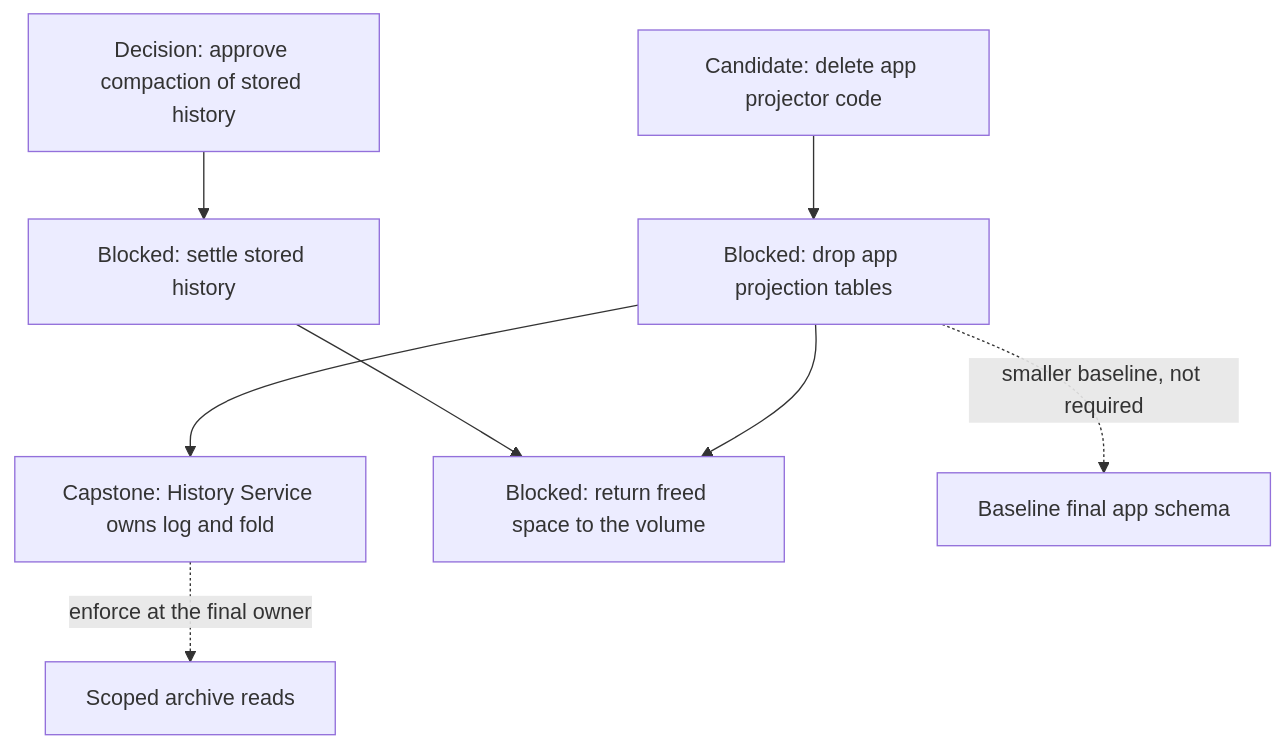
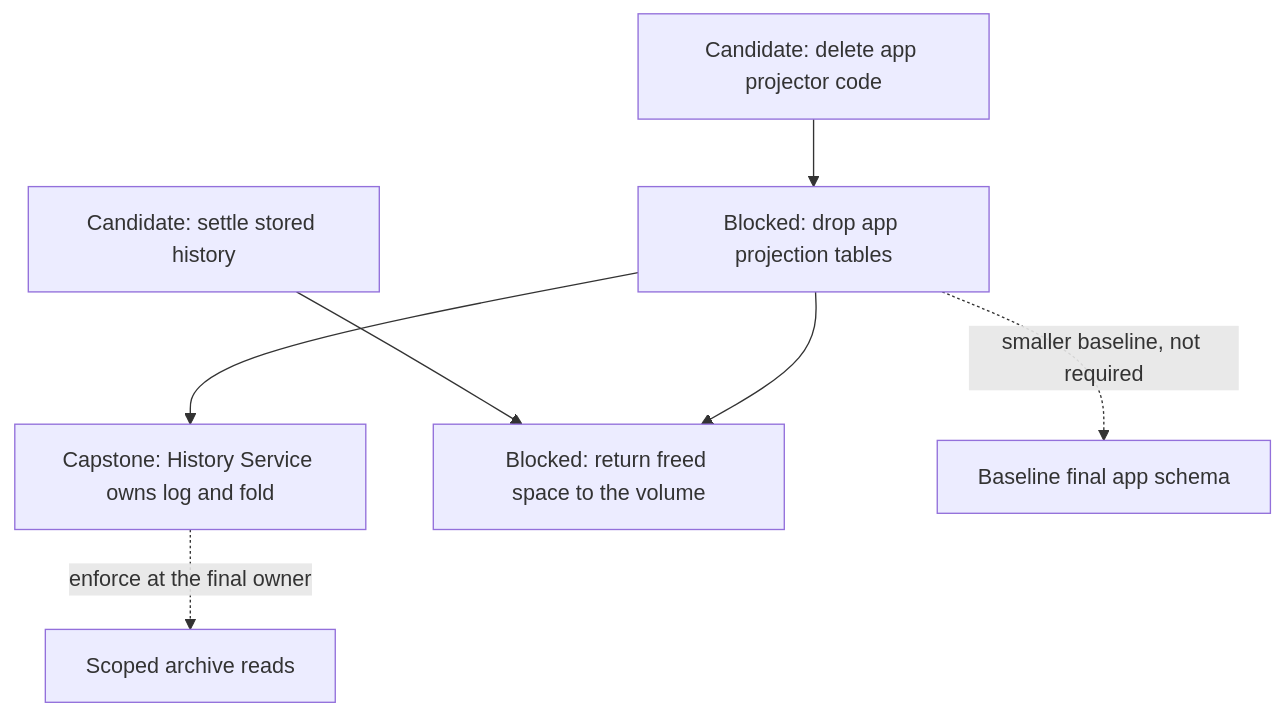
One commit to agentydragon-agent/ducktape changed the eighth of 13 diagrams in agentplane/plans/task_dag.md. Above: the diagram before and after it, drawn with Mermaid. The commit also changed other lines of this file and 12 other files, not shown here.

First line of the commit message:
history_service: one-off Job to settle stored history (#9994)

````diff
--- a/agentplane/plans/task_dag.md
+++ b/agentplane/plans/task_dag.md
@@ -572,18 +572,16 @@
 ```mermaid
 flowchart TD
     APP_PROJECTOR_RETIRE[Candidate: delete app projector code]
     APP_PROJECTION_RETIRE[Blocked: drop app projection tables]
     HISTORY_SERVICE_OWNERSHIP[Capstone: History Service owns log and fold]
-    SESSION_EVENT_COMPACTION_PLAN[Decision: approve compaction of stored history]
-    SESSION_EVENT_COMPACTION[Blocked: settle stored history]
+    SESSION_EVENT_COMPACTION[Candidate: settle stored history]
     HISTORY_REPACK[Blocked: return freed space to the volume]
     APP_ALEMBIC_SQUASH[Baseline final app schema]
     THREAD_READ_POLICY[Scoped archive reads]
     APP_PROJECTOR_RETIRE --> APP_PROJECTION_RETIRE
     APP_PROJECTION_RETIRE --> HISTORY_SERVICE_OWNERSHIP
-    SESSION_EVENT_COMPACTION_PLAN --> SESSION_EVENT_COMPACTION
     SESSION_EVENT_COMPACTION --> HISTORY_REPACK
     APP_PROJECTION_RETIRE --> HISTORY_REPACK
     APP_PROJECTION_RETIRE -. smaller baseline, not required .-> APP_ALEMBIC_SQUASH
     HISTORY_SERVICE_OWNERSHIP -. enforce at the final owner .-> THREAD_READ_POLICY
 ```
````
